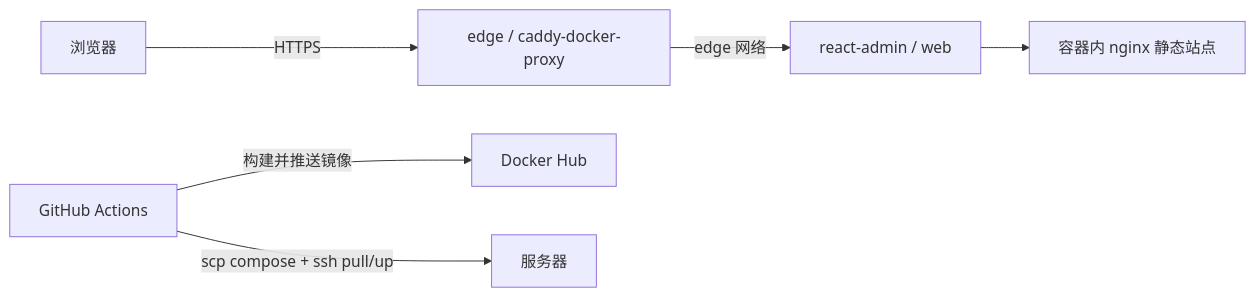
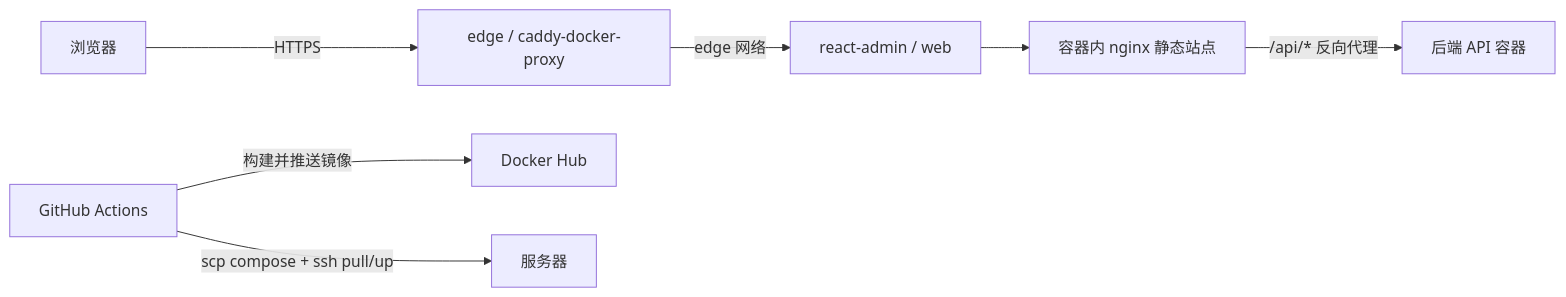
One commit to tx-819/react-admin changed the diagram in docs/deployment.md. Above: the diagram before and after it, drawn with Mermaid. The commit also changed other lines of this file and 7 other files, not shown here.

First line of the commit message:
feat: 生产环境通过 nginx 反向代理 /api 到后端

````diff
--- a/docs/deployment.md
+++ b/docs/deployment.md
@@ -12,8 +12,9 @@
 ```mermaid
 flowchart LR
   User[浏览器] -->|HTTPS| Edge[edge / caddy-docker-proxy]
   Edge -->|edge 网络| Web[react-admin / web]
   Web --> Nginx[容器内 nginx 静态站点]
+  Nginx -->|/api/* 反向代理| Backend[后端 API 容器]
   GHA[GitHub Actions] -->|构建并推送镜像| Hub[Docker Hub]
   GHA -->|scp compose + ssh pull/up| Server[服务器]
 ```
````
